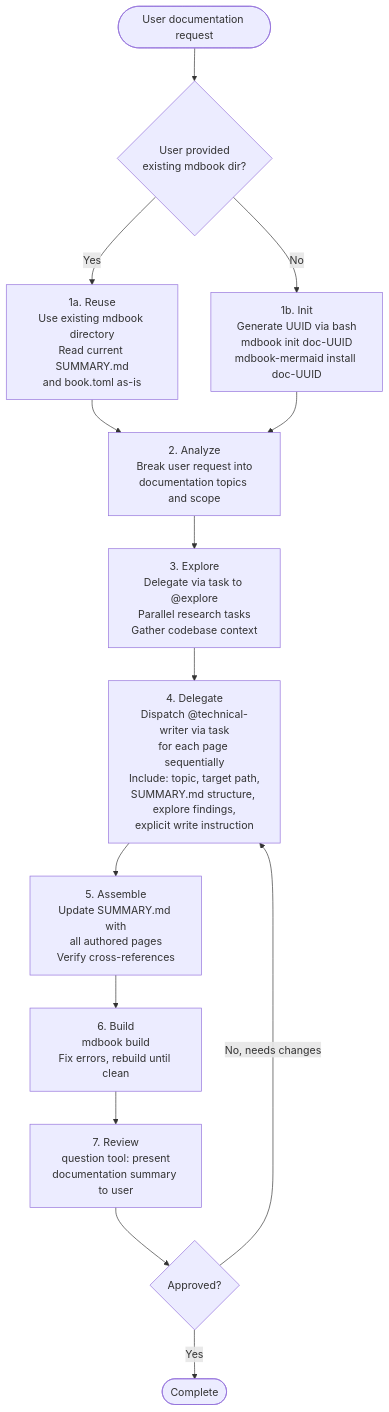
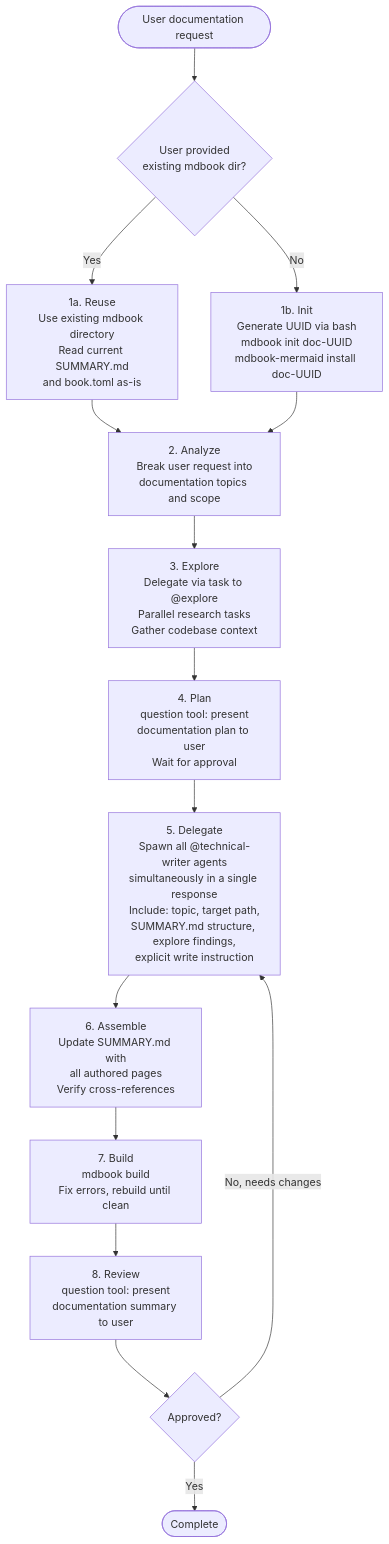
Before and after one commit to juliankahlert/opencode-config: the diagram in pages/src/absurd/doc.md, drawn with Mermaid. The commit also changed other lines of this file and 9 other files, not shown here.

````diff
--- a/pages/src/absurd/doc.md
+++ b/pages/src/absurd/doc.md
@@ -22,27 +22,29 @@
 ```mermaid
 flowchart TD
     START([User documentation request]) --> CHECK
 
     CHECK{User provided<br/>existing mdbook dir?}
     CHECK -->|Yes| REUSE["<span>1a.</span> Reuse<br/>Use existing mdbook directory<br/>Read current SUMMARY.md<br/>and book.toml as-is"]
     CHECK -->|No| INIT["<span>1b.</span> Init<br/>Generate UUID via bash<br/>mdbook init doc-UUID<br/>mdbook-mermaid install doc-UUID"]
 
     REUSE --> ANALYZE
     INIT --> ANALYZE
 
     ANALYZE["<span>2.</span> Analyze<br/>Break user request into<br/>documentation topics and scope"]
 
     ANALYZE --> EXPLORE["<span>3.</span> Explore<br/>Delegate via task to @explore<br/>Parallel research tasks<br/>Gather codebase context"]
 
-    EXPLORE --> DELEGATE["<span>4.</span> Delegate<br/>Dispatch @technical-writer via task<br/>for each page sequentially<br/>Include: topic, target path,<br/>SUMMARY.md structure, explore findings,<br/>explicit write instruction"]
+    EXPLORE --> PLAN["<span>4.</span> Plan<br/>question tool: present<br/>documentation plan to user<br/>Wait for approval"]
 
-    DELEGATE --> ASSEMBLE["<span>5.</span> Assemble<br/>Update SUMMARY.md with<br/>all authored pages<br/>Verify cross-references"]
+    PLAN --> DELEGATE["<span>5.</span> Delegate<br/>Spawn all @technical-writer agents<br/>simultaneously in a single response<br/>Include: topic, target path,<br/>SUMMARY.md structure, explore findings,<br/>explicit write instruction"]
 
-    ASSEMBLE --> BUILD["<span>6.</span> Build<br/>mdbook build<br/>Fix errors, rebuild until clean"]
+    DELEGATE --> ASSEMBLE["<span>6.</span> Assemble<br/>Update SUMMARY.md with<br/>all authored pages<br/>Verify cross-references"]
 
-    BUILD --> REVIEW["<span>7.</span> Review<br/>question tool: present<br/>documentation summary to user"]
+    ASSEMBLE --> BUILD["<span>7.</span> Build<br/>mdbook build<br/>Fix errors, rebuild until clean"]
+
+    BUILD --> REVIEW["<span>8.</span> Review<br/>question tool: present<br/>documentation summary to user"]
 
     REVIEW --> APPROVED{Approved?}
     APPROVED -->|No, needs changes| DELEGATE
     APPROVED -->|Yes| DONE([Complete])
 ```
````
